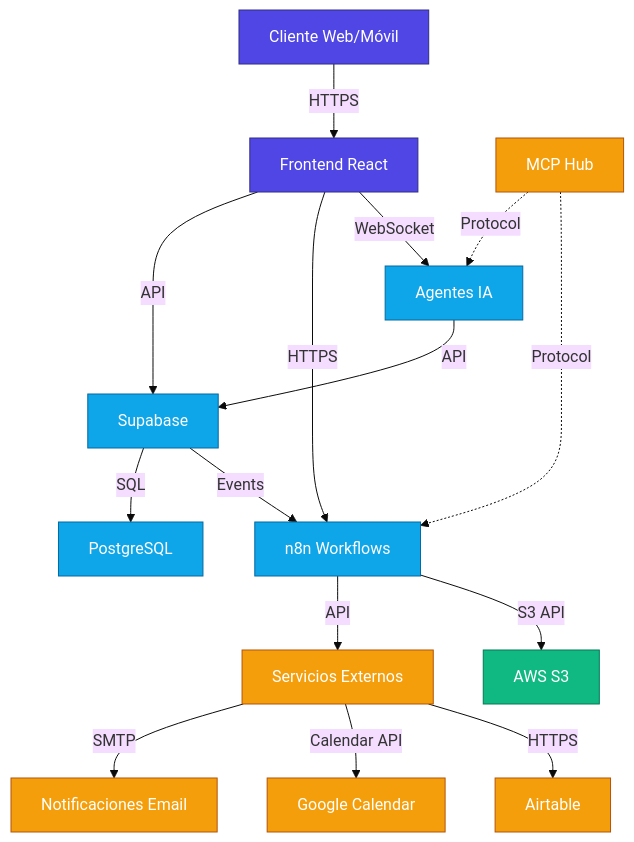
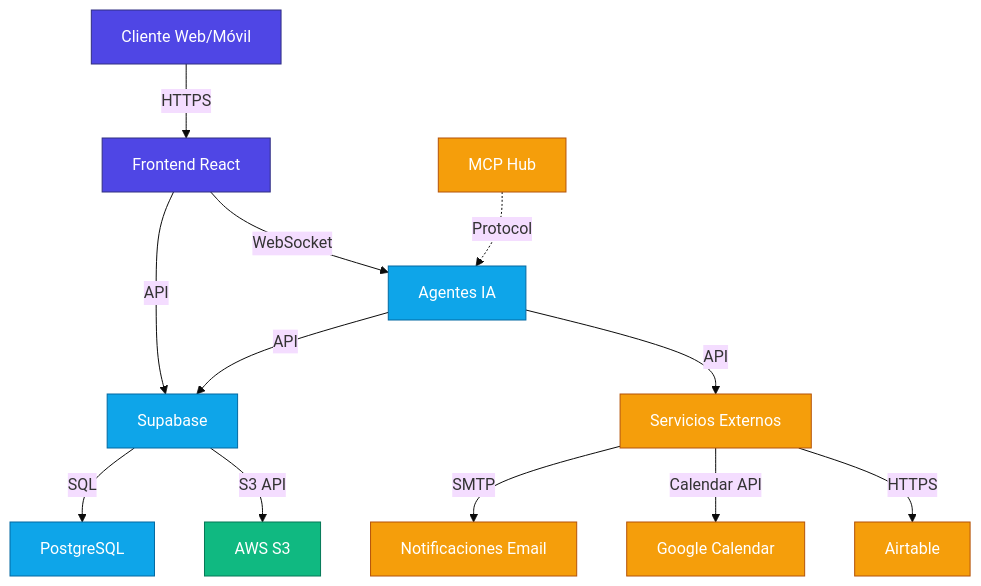
One commit to KevinCElizondo/proyectosolar changed the first of 2 diagrams in README.md. Above: the diagram before and after it, drawn with Mermaid (base theme). The commit also changed other lines of this file and 34 other files, not shown here.

````diff
--- a/README.md
+++ b/README.md
@@ -53,27 +53,24 @@
 ```mermaid
 graph TD
     A[Cliente Web/Móvil] -->|HTTPS| B[Frontend React]
     B -->|API| C[Supabase]
     C -->|SQL| D[PostgreSQL]
-    B -->|HTTPS| E[n8n Workflows]
-    E -->|API| F[Servicios Externos]
+    B -->|WebSocket| J[Agentes IA]
+    J -->|API| C
+    J -->|API| F[Servicios Externos]
     F -->|SMTP| G[Notificaciones Email]
     F -->|Calendar API| H[Google Calendar]
     F -->|HTTPS| I[Airtable]
-    B -->|WebSocket| J[Agentes IA]
-    J -->|API| C
-    C -->|Events| E
-    E -->|S3 API| K[AWS S3]
+    C -->|S3 API| K[AWS S3]
     L[MCP Hub] -.->|Protocol| J
-    L -.->|Protocol| E
 
     classDef primary fill:#4f46e5,stroke:#312e81,color:white;
     classDef secondary fill:#0ea5e9,stroke:#0369a1,color:white;
     classDef storage fill:#10b981,stroke:#047857,color:white;
     classDef external fill:#f59e0b,stroke:#b45309,color:white;
 
     class A,B primary;
-    class C,D,E,J secondary;
+    class C,D,J secondary;
     class K storage;
     class F,G,H,I,L external;
 ```
````
